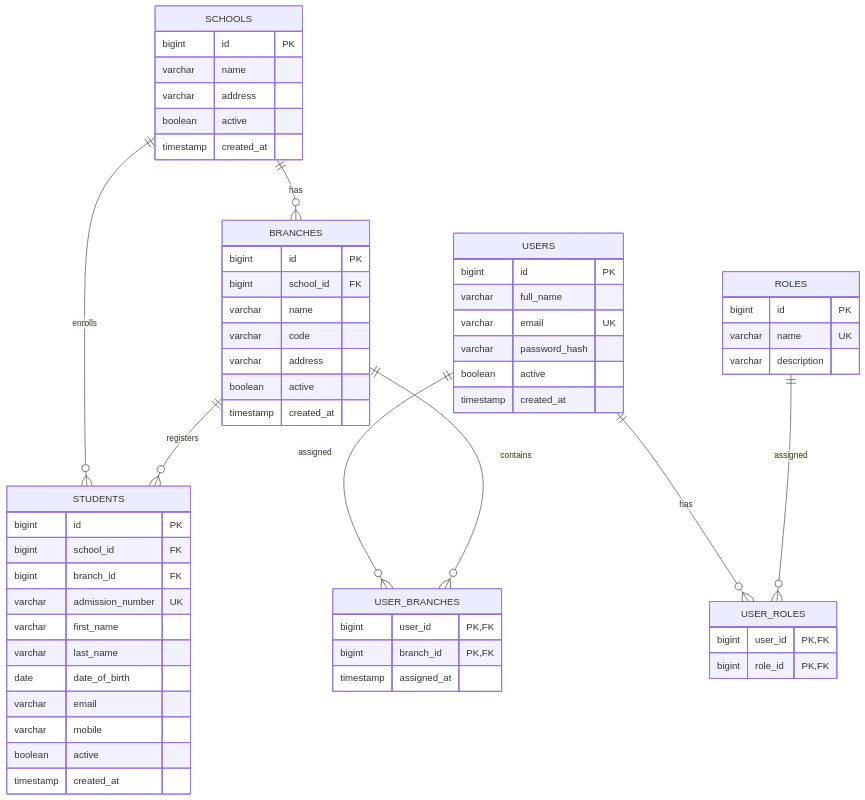
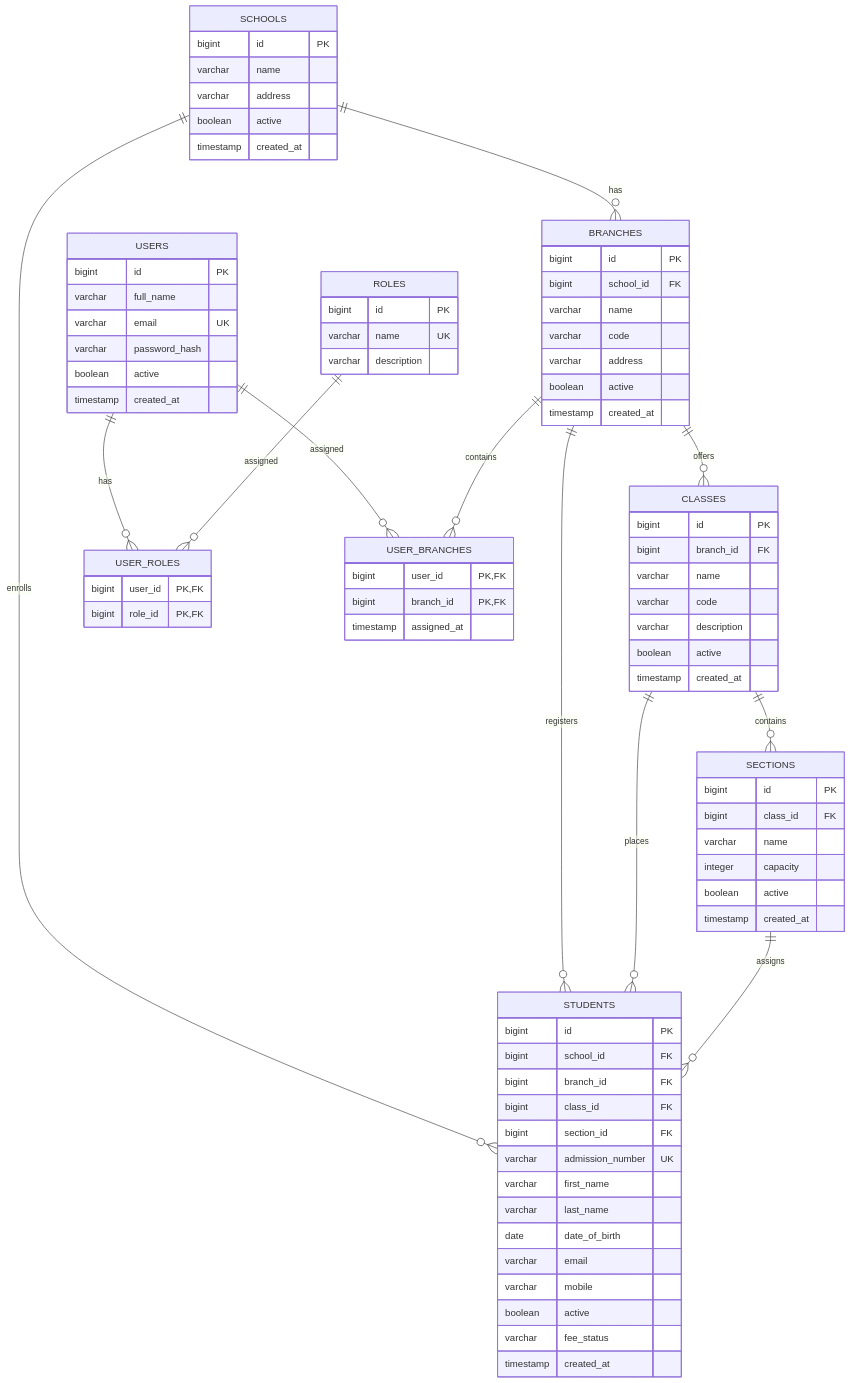
One commit to anand7079/school_erp_demo changed the diagram in docs/database/er-diagram.md. Above: the diagram before and after it, drawn with Mermaid. The commit also changed other lines of this file and 26 other files, not shown here.

````diff
--- a/docs/database/er-diagram.md
+++ b/docs/database/er-diagram.md
@@ -3,8 +3,12 @@
 ```mermaid
 erDiagram
     SCHOOLS ||--o{ BRANCHES : has
+    BRANCHES ||--o{ CLASSES : offers
+    CLASSES ||--o{ SECTIONS : contains
     SCHOOLS ||--o{ STUDENTS : enrolls
     BRANCHES ||--o{ STUDENTS : registers
+    CLASSES ||--o{ STUDENTS : places
+    SECTIONS ||--o{ STUDENTS : assigns
     USERS ||--o{ USER_ROLES : has
     ROLES ||--o{ USER_ROLES : assigned
     USERS ||--o{ USER_BRANCHES : assigned
@@ -28,10 +32,31 @@
         timestamp created_at
     }
 
+    CLASSES {
+        bigint id PK
+        bigint branch_id FK
+        varchar name
+        varchar code
+        varchar description
+        boolean active
+        timestamp created_at
+    }
+
+    SECTIONS {
+        bigint id PK
+        bigint class_id FK
+        varchar name
+        integer capacity
+        boolean active
+        timestamp created_at
+    }
+
     STUDENTS {
         bigint id PK
         bigint school_id FK
         bigint branch_id FK
+        bigint class_id FK
+        bigint section_id FK
         varchar admission_number UK
         varchar first_name
         varchar last_name
@@ -39,6 +64,7 @@
         varchar email
         varchar mobile
         boolean active
+        varchar fee_status
         timestamp created_at
     }
 
````
